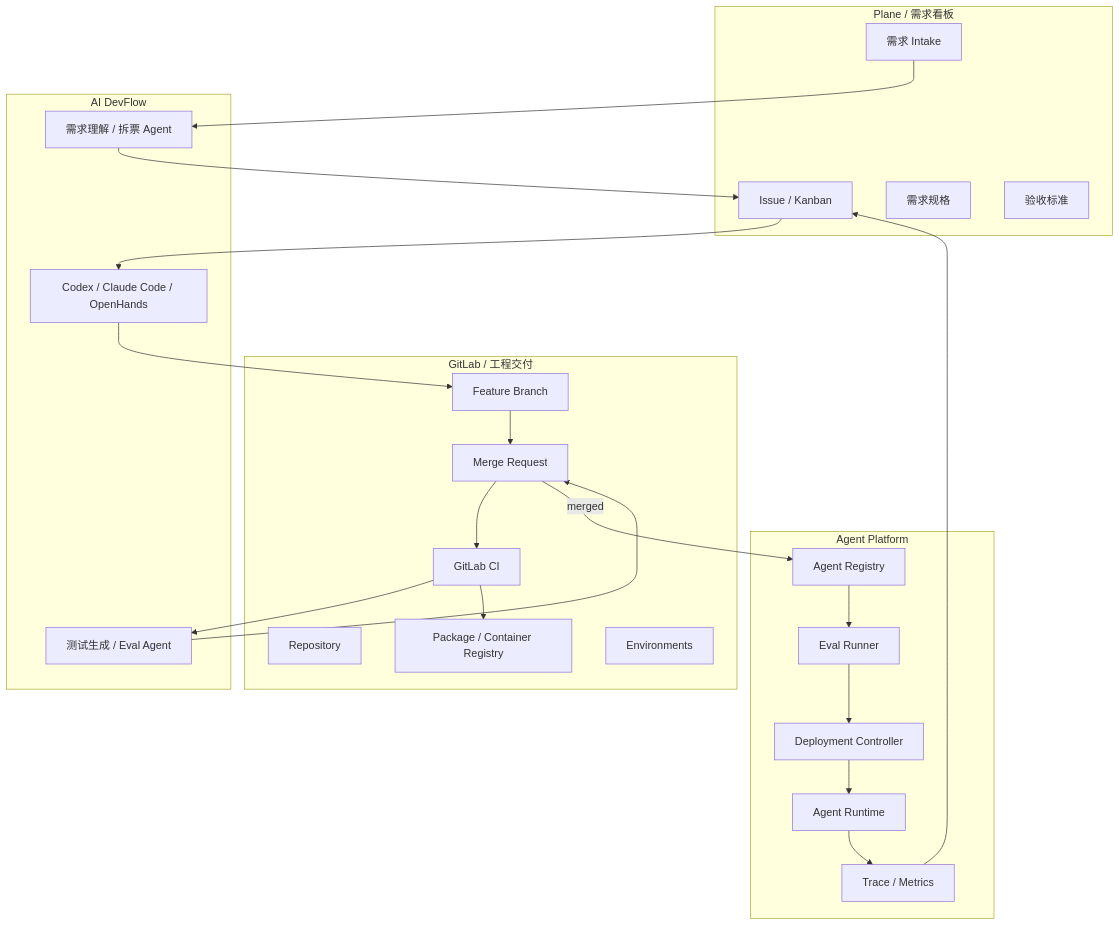
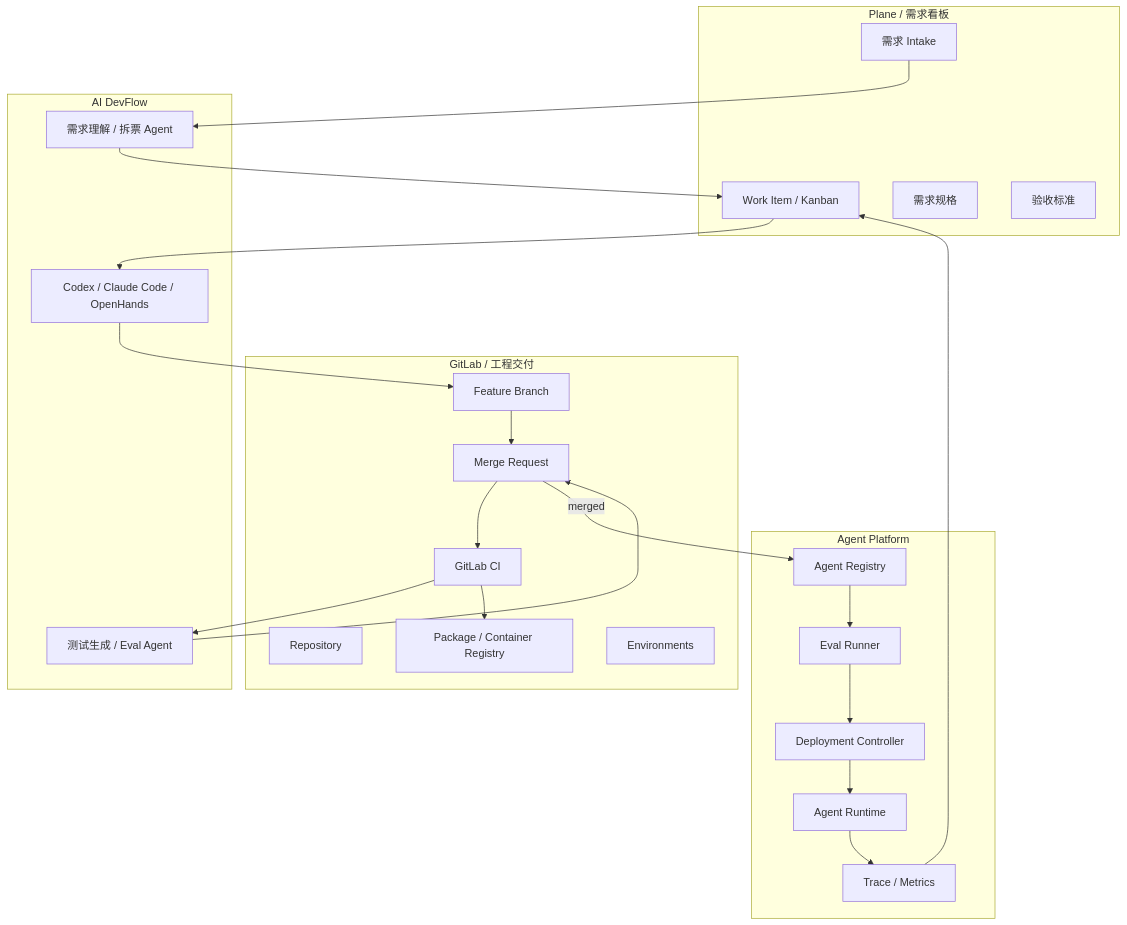
One commit to agent-loom/loom changed the diagram in docs/gitlab.md. Above: the diagram before and after it, drawn with Mermaid. The commit also changed other lines of this file and 83 other files, not shown here.

````diff
--- a/docs/gitlab.md
+++ b/docs/gitlab.md
@@ -18,48 +18,48 @@
 ```mermaid
 flowchart TB
     subgraph Plane[Plane / 需求看板]
         Intake[需求 Intake]
-        Issue[Issue / Kanban]
+        WorkItem[Work Item / Kanban]
         Spec[需求规格]
         Acceptance[验收标准]
     end
 
     subgraph GitLab[GitLab / 工程交付]
         Repo[Repository]
         Branch[Feature Branch]
         MR[Merge Request]
         CI[GitLab CI]
         Registry[Package / Container Registry]
         Env[Environments]
     end
 
     subgraph AI[AI DevFlow]
         Planner[需求理解 / 拆票 Agent]
         Codex[Codex / Claude Code / OpenHands]
         TestAgent[测试生成 / Eval Agent]
     end
 
     subgraph Platform[Agent Platform]
         AgentRegistry[Agent Registry]
         EvalRunner[Eval Runner]
         Deploy[Deployment Controller]
         Runtime[Agent Runtime]
         Trace[Trace / Metrics]
     end
 
     Intake --> Planner
-    Planner --> Issue
-    Issue --> Codex
+    Planner --> WorkItem
+    WorkItem --> Codex
     Codex --> Branch
     Branch --> MR
     MR --> CI
     CI --> TestAgent
     TestAgent --> MR
     CI --> Registry
     MR -->|merged| AgentRegistry
     AgentRegistry --> EvalRunner
     EvalRunner --> Deploy
     Deploy --> Runtime
     Runtime --> Trace
-    Trace --> Issue
+    Trace --> WorkItem
 ```
````
